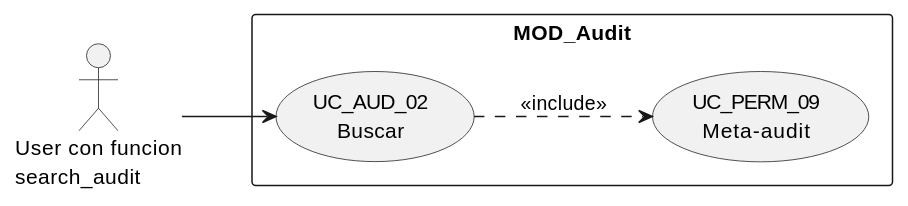
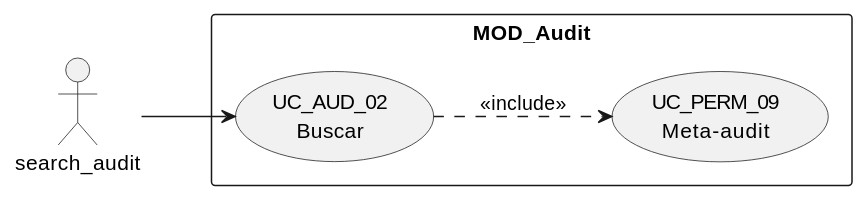
Before and after one commit to jcg-admin/IACT-docs: the first of 4 diagrams in source/requisitos/casos-uso/audit/uc-aud-02/diagramas-uml.rst, drawn with PlantUML. The commit also changed 77 other files, not shown here.

First line of the commit message:
Enforce RBAC function names as actors in all UML diagrams

```diff
--- a/source/requisitos/casos-uso/audit/uc-aud-02/diagramas-uml.rst
+++ b/source/requisitos/casos-uso/audit/uc-aud-02/diagramas-uml.rst
@@ -10,12 +10,12 @@
 .. uml::
 
  @startuml
  left to right direction
- actor "User con funcion\nsearch_audit" as USR
+ actor "search_audit" as USR
  rectangle "MOD_Audit" {
    usecase "UC_AUD_02\nBuscar" as UC02
    usecase "UC_PERM_09\nMeta-audit" as M
  }
  USR --> UC02
  UC02 ..> M : <<include>>
  @enduml
```
